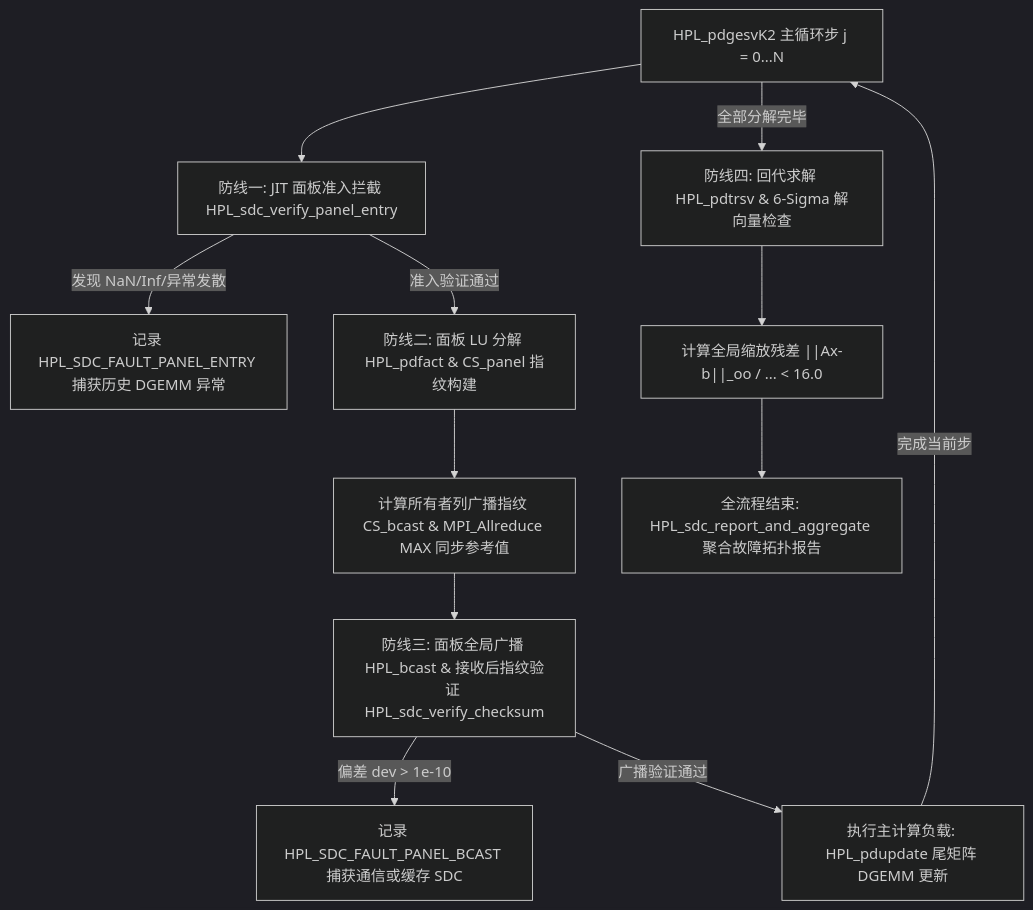
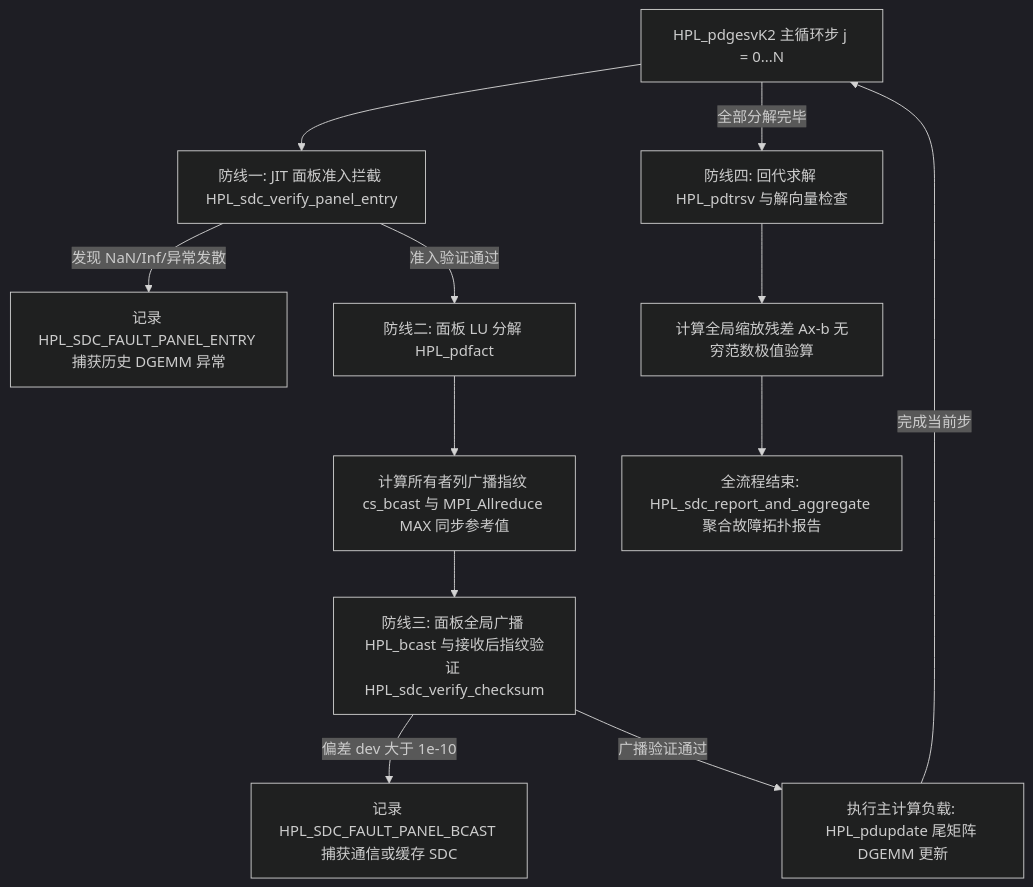
Before and after one commit to wangxumarshall/Linpack-HPL: the diagram in readme.md, drawn with Mermaid (dark theme). The commit also changed other lines of this file and 11 other files, not shown here.

Commit message:
refactor(sdc): remove modulo-16 weighting and legacy panel checksums, adopt unweighted Kahan broadcast checksums and JIT entry verification

````diff
--- a/readme.md
+++ b/readme.md
@@ -209,14 +205,14 @@
 ```mermaid
 graph TD
     A["HPL_pdgesvK2 主循环步 j = 0...N"] --> B["防线一: JIT 面板准入拦截 HPL_sdc_verify_panel_entry"]
     B -->|发现 NaN/Inf/异常发散| E1["记录 HPL_SDC_FAULT_PANEL_ENTRY 捕获历史 DGEMM 异常"]
-    B -->|准入验证通过| C["防线二: 面板 LU 分解 HPL_pdfact & CS_panel 指纹构建"]
-    C --> D["计算所有者列广播指纹 CS_bcast & MPI_Allreduce MAX 同步参考值"]
-    D --> E["防线三: 面板全局广播 HPL_bcast & 接收后指纹验证 HPL_sdc_verify_checksum"]
-    E -->|偏差 dev > 1e-10| E2["记录 HPL_SDC_FAULT_PANEL_BCAST 捕获通信或缓存 SDC"]
+    B -->|准入验证通过| C["防线二: 面板 LU 分解 HPL_pdfact"]
+    C --> D["计算所有者列广播指纹 cs_bcast 与 MPI_Allreduce MAX 同步参考值"]
+    D --> E["防线三: 面板全局广播 HPL_bcast 与接收后指纹验证 HPL_sdc_verify_checksum"]
+    E -->|偏差 dev 大于 1e-10| E2["记录 HPL_SDC_FAULT_PANEL_BCAST 捕获通信或缓存 SDC"]
     E -->|广播验证通过| F["执行主计算负载: HPL_pdupdate 尾矩阵 DGEMM 更新"]
     F -->|完成当前步| A
-    A -->|全部分解完毕| G["防线四: 回代求解 HPL_pdtrsv & 6-Sigma 解向量检查"]
-    G --> H["计算全局缩放残差 ||Ax-b||_oo / ... < 16.0"]
+    A -->|全部分解完毕| G["防线四: 回代求解 HPL_pdtrsv 与解向量检查"]
+    G --> H["计算全局缩放残差 Ax-b 无穷范数极值验算"]
     H --> I["全流程结束: HPL_sdc_report_and_aggregate 聚合故障拓扑报告"]
 ```
````
